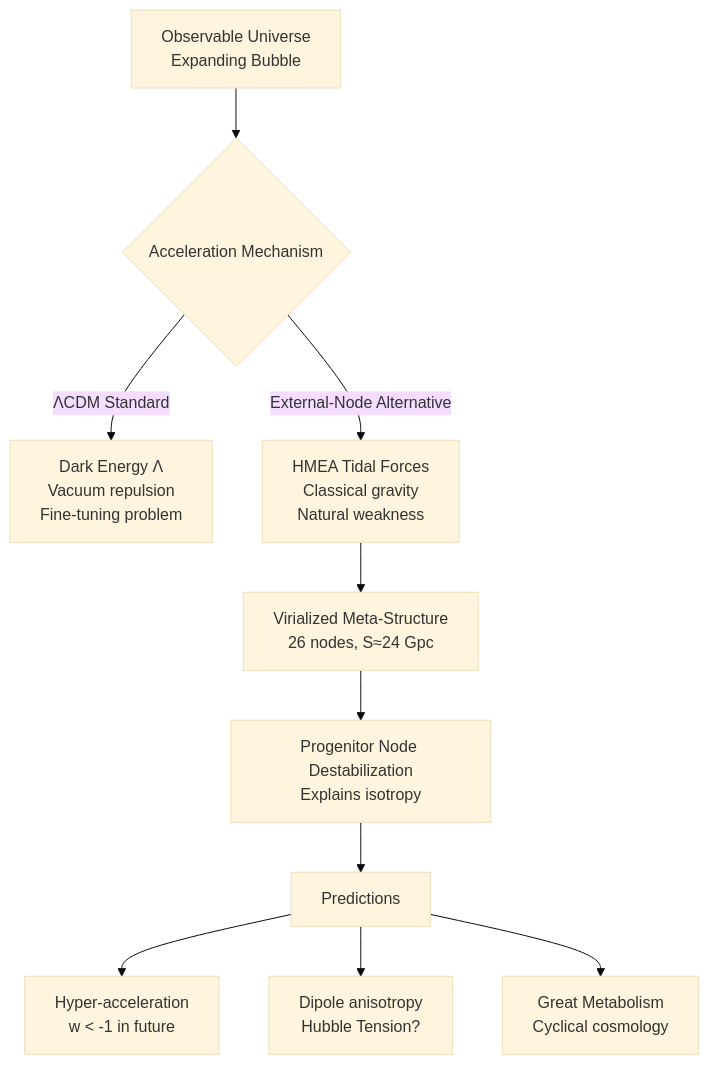
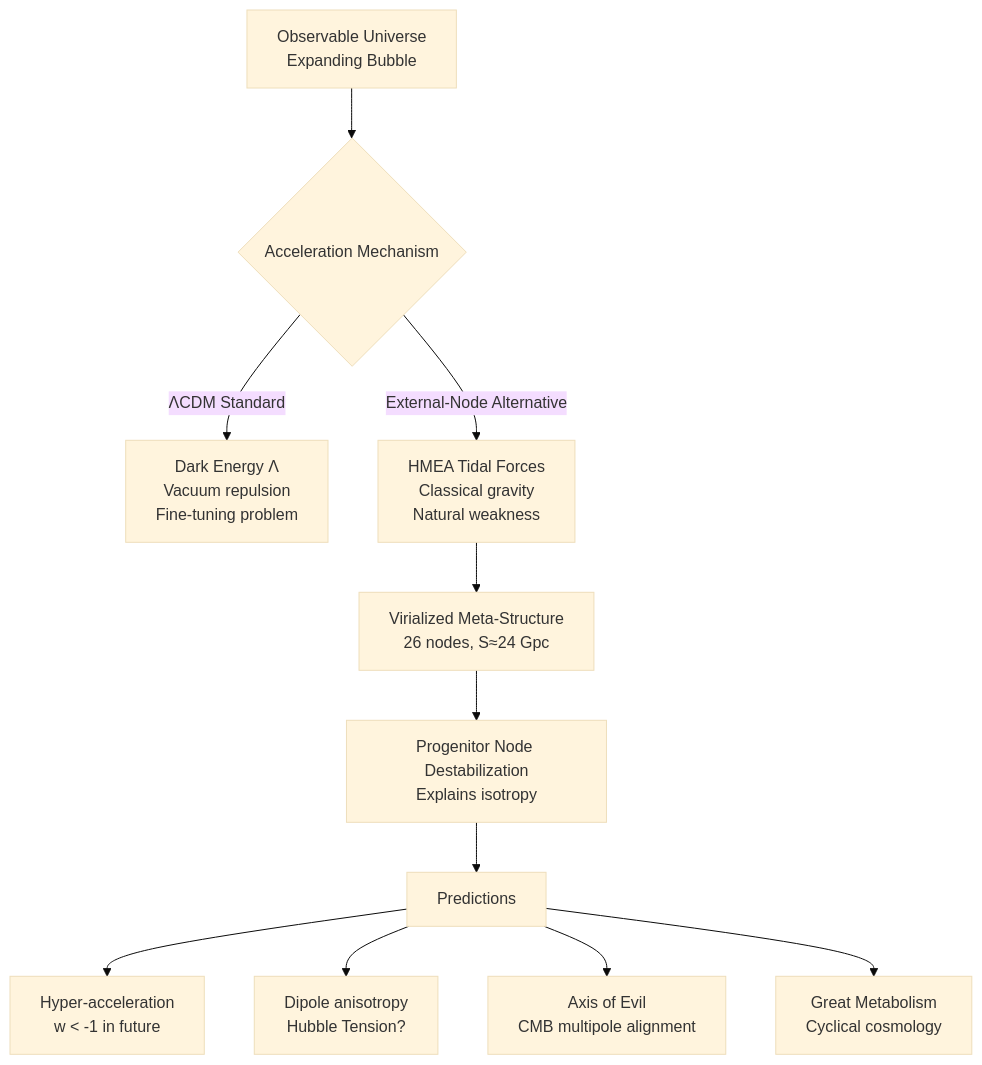
Before and after one commit to MartinGamsby/ProgenitorNodeModelCosmology: the diagram in lode/physics/theoretical-framework.md, drawn with Mermaid (base theme). The commit also changed other lines of this file and 1 other file, not shown here.

Commit message:
Axis of evil

````diff
--- a/lode/physics/theoretical-framework.md
+++ b/lode/physics/theoretical-framework.md
@@ -204,14 +217,15 @@
 ```mermaid
 graph TD
     A[Observable Universe<br/>Expanding Bubble] --> B{Acceleration Mechanism}
     B -->|ΛCDM Standard| C[Dark Energy Λ<br/>Vacuum repulsion<br/>Fine-tuning problem]
     B -->|External-Node Alternative| D[HMEA Tidal Forces<br/>Classical gravity<br/>Natural weakness]
 
     D --> E[Virialized Meta-Structure<br/>26 nodes, S≈24 Gpc]
     E --> F[Progenitor Node Destabilization<br/>Explains isotropy]
 
     F --> G[Predictions]
     G --> H[Hyper-acceleration<br/>w < -1 in future]
     G --> I[Dipole anisotropy<br/>Hubble Tension?]
+    G --> K[Axis of Evil<br/>CMB multipole alignment]
     G --> J[Great Metabolism<br/>Cyclical cosmology]
 ```
````
